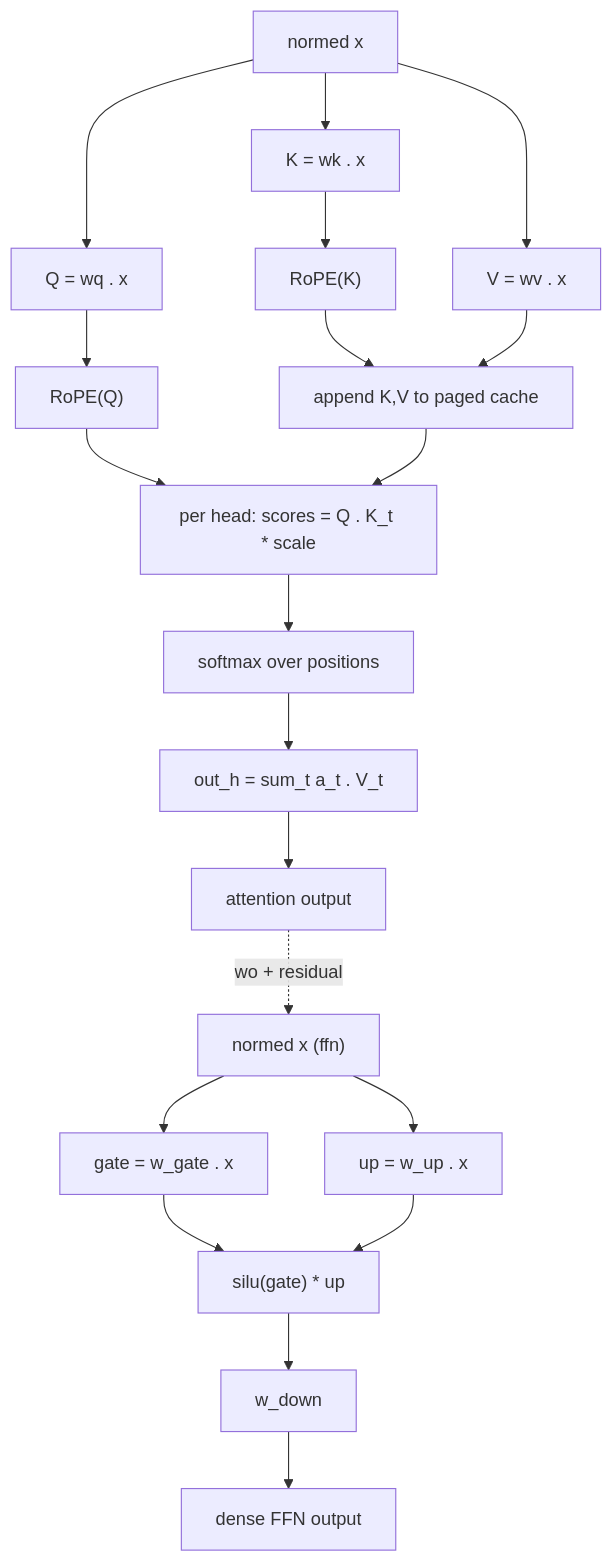
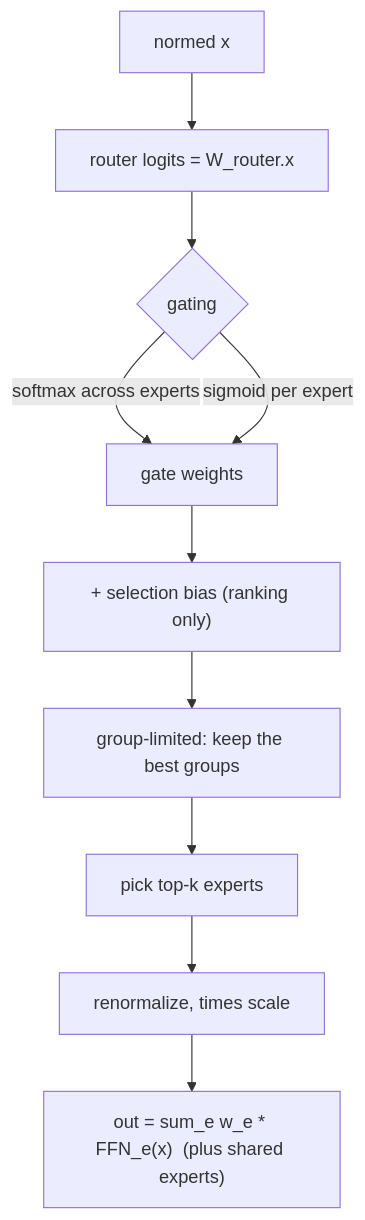
One commit to garana/locus changed the fourth of 6 diagrams in docs/MODELS.md. Above: the diagram before and after it, drawn with Mermaid. The commit also changed other lines of this file, not shown here.

````diff
--- a/docs/MODELS.md
+++ b/docs/MODELS.md
@@ -68,23 +350,12 @@
 ```mermaid
 flowchart TD
-    xb["normed x"] --> q["Q = wq . x"]
-    xb --> k["K = wk . x"]
-    xb --> v["V = wv . x"]
-    q --> rq["RoPE(Q)"]
-    k --> rk["RoPE(K)"]
-    rk --> kv["append K,V to paged cache"]
-    v --> kv
-    rq --> sc["per head: scores = Q . K_t * scale"]
-    kv --> sc
-    sc --> sm["softmax over positions"]
-    sm --> av["out_h = sum_t a_t . V_t"]
-    av --> ao["attention output"]
-
-    ao -.wo + residual.-> ffnorm["normed x (ffn)"]
-    ffnorm --> g["gate = w_gate . x"]
-    ffnorm --> u["up = w_up . x"]
-    g --> si["silu(gate) * up"]
-    u --> si
-    si --> d["w_down"]
-    d --> out["dense FFN output"]
+  x["normed x"] --> r["router logits = W_router.x"]
+  r --> g{"gating"}
+  g -->|softmax across experts| gw["gate weights"]
+  g -->|sigmoid per expert| gw
+  gw --> b["+ selection bias (ranking only)"]
+  b --> grp["group-limited: keep the best groups"]
+  grp --> tk["pick top-k experts"]
+  tk --> nz["renormalize, times scale"]
+  nz --> mix["out = sum_e w_e * FFN_e(x)  (plus shared experts)"]
 ```
````
